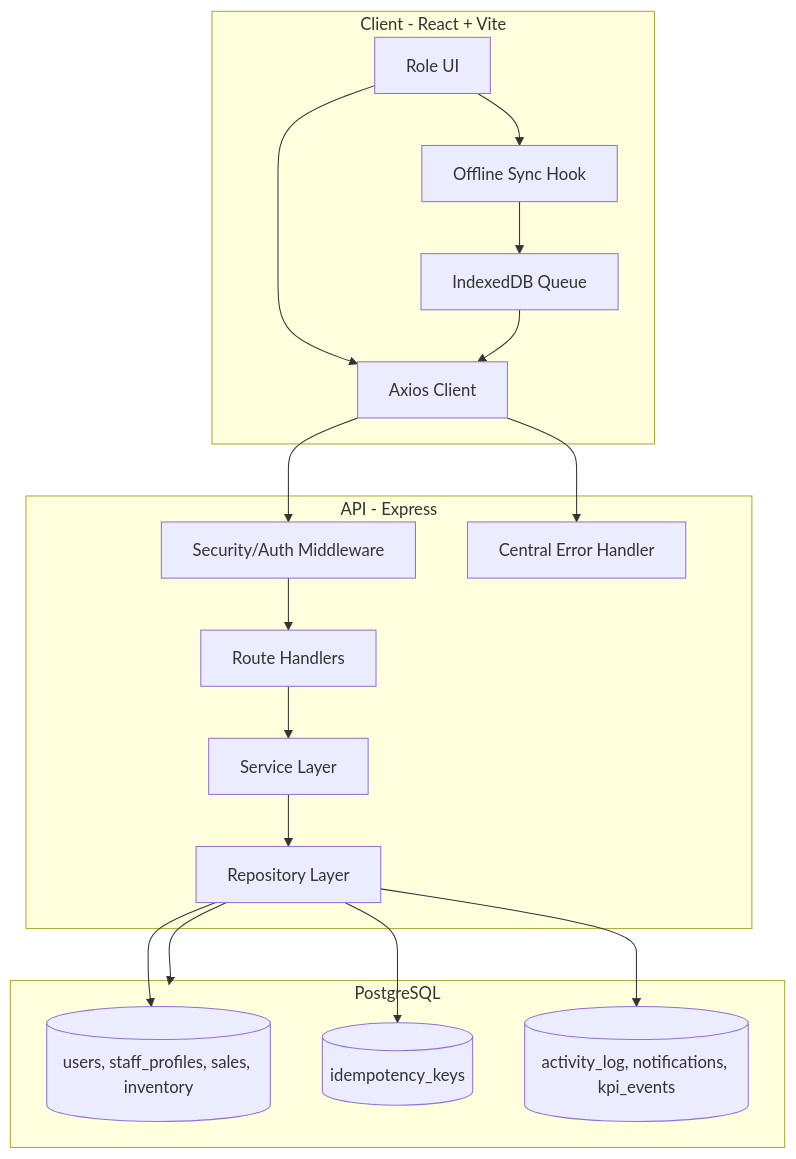
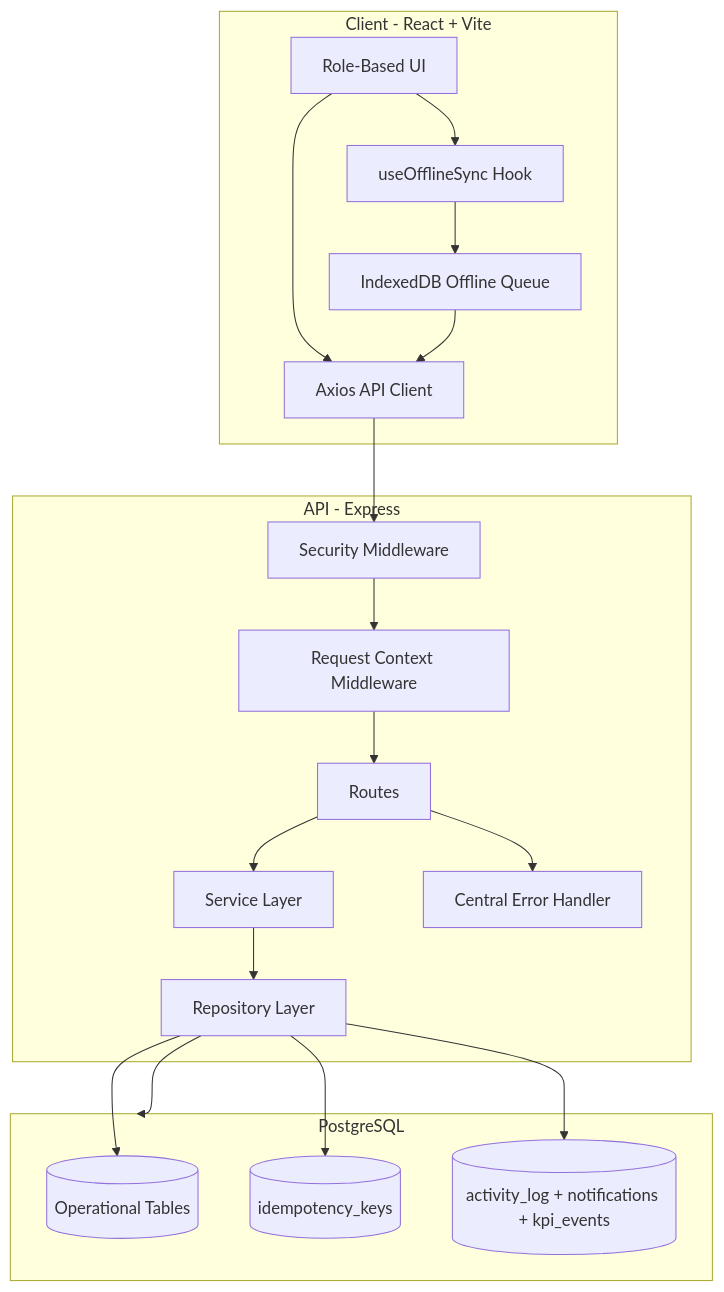
One commit to Asout3/bakery-ops-app changed the first of 2 diagrams in README.md. Above: the diagram before and after it, drawn with Mermaid. The commit also changed other lines of this file, not shown here.

Commit message:
Rewrite README with production architecture and resilience guidance

````diff
--- a/README.md
+++ b/README.md
@@ -7,30 +30,31 @@
 ```mermaid
 flowchart TB
   subgraph Frontend[Client - React + Vite]
-    UI[Role UI]
-    AX[Axios Client]
-    SYNC[Offline Sync Hook]
-    Q[IndexedDB Queue]
+    UI[Role-Based UI]
+    AX[Axios API Client]
+    SYNC[useOfflineSync Hook]
+    QUEUE[IndexedDB Offline Queue]
   end
 
   subgraph Backend[API - Express]
-    MW[Security/Auth Middleware]
-    RT[Route Handlers]
-    SV[Service Layer]
-    RP[Repository Layer]
-    EH[Central Error Handler]
+    SEC[Security Middleware]
+    CTX[Request Context Middleware]
+    ROUTES[Routes]
+    SERVICES[Service Layer]
+    REPOS[Repository Layer]
+    ERR[Central Error Handler]
   end
 
-  subgraph DB[PostgreSQL]
-    CORE[(users, staff_profiles, sales, inventory)]
+  subgraph Data[PostgreSQL]
+    CORE[(Operational Tables)]
     IDEM[(idempotency_keys)]
-    AUDIT[(activity_log, notifications, kpi_events)]
+    AUDIT[(activity_log + notifications + kpi_events)]
   end
 
-  UI --> AX --> MW --> RT --> SV --> RP --> DB
-  AX --> EH
-  UI --> SYNC --> Q --> AX
-  RP --> CORE
-  RP --> IDEM
-  RP --> AUDIT
+  UI --> AX --> SEC --> CTX --> ROUTES --> SERVICES --> REPOS --> Data
+  UI --> SYNC --> QUEUE --> AX
+  ROUTES --> ERR
+  REPOS --> CORE
+  REPOS --> IDEM
+  REPOS --> AUDIT
 ```
````
